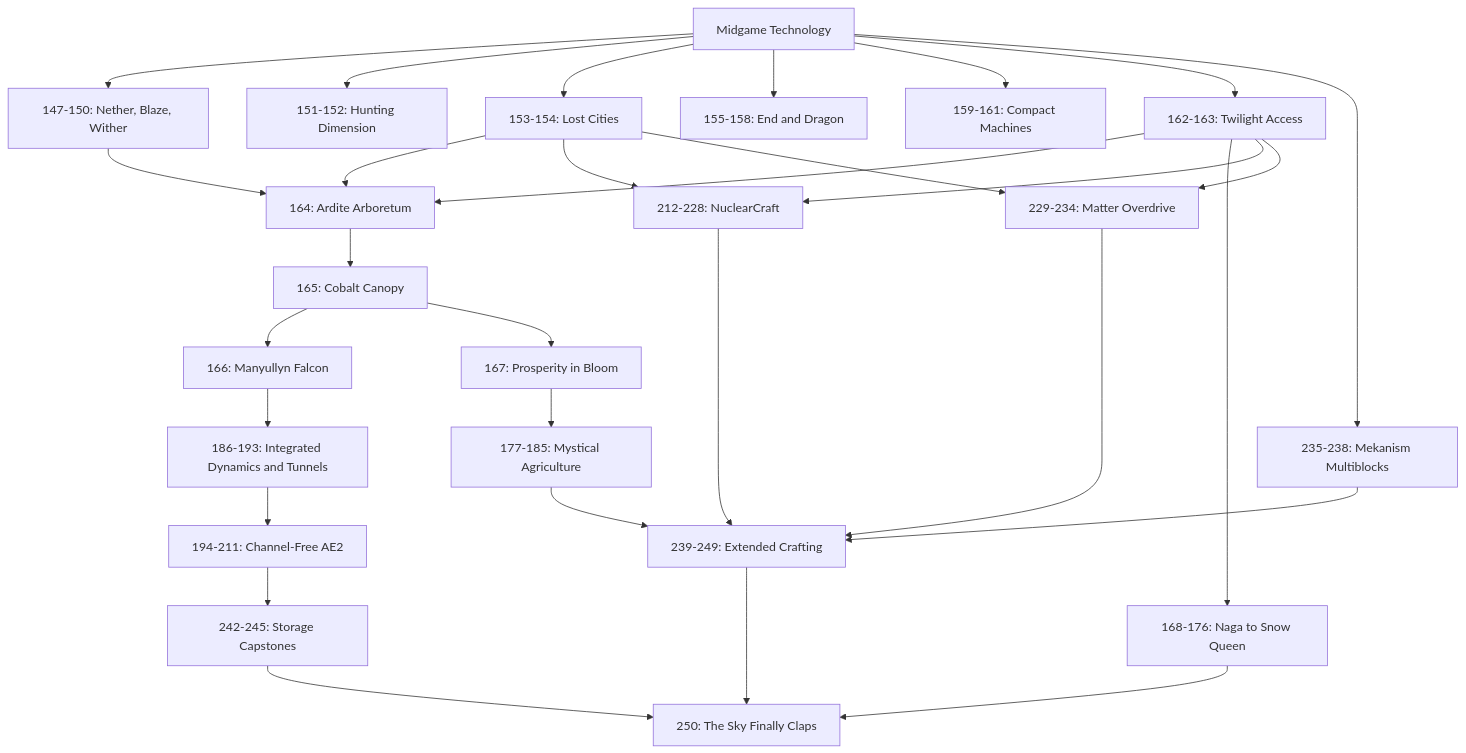
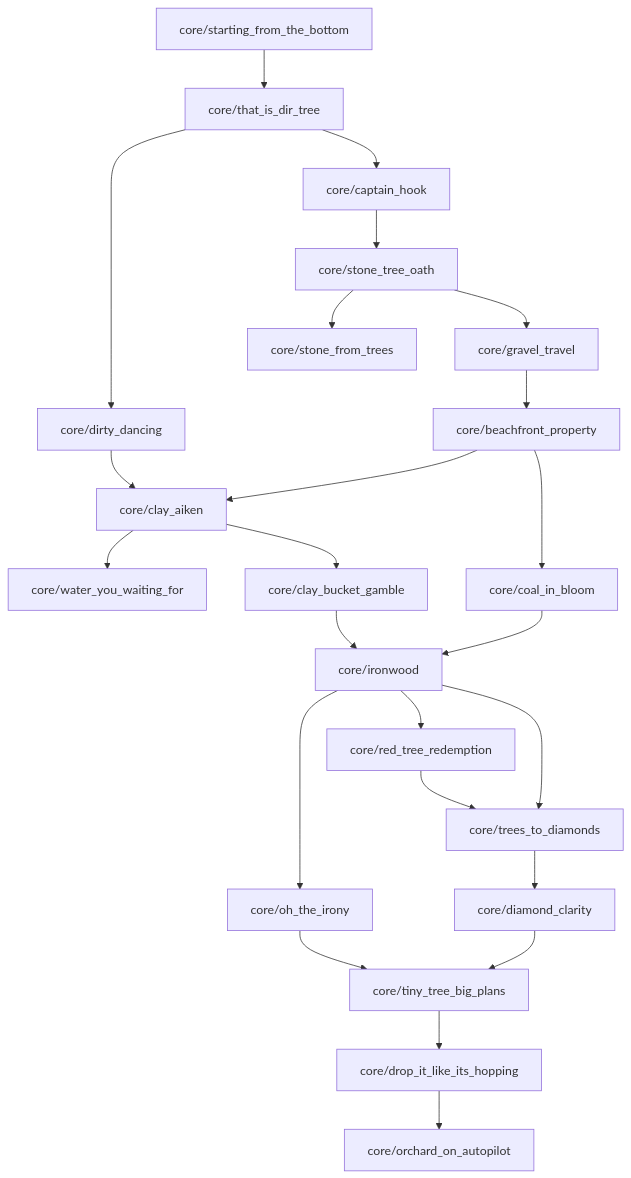
The second of 9 diagrams in ACHIEVEMENT_TREE.md (godh00d/sf4), drawn with Mermaid before and after one commit. The commit also changed other lines of this file and 152 other files, not shown here.

````diff
--- a/ACHIEVEMENT_TREE.md
+++ b/ACHIEVEMENT_TREE.md
@@ -244,36 +37,26 @@
 ```mermaid
 flowchart TD
-    MID["Midgame Technology"] --> NETHER["147-150: Nether, Blaze, Wither"]
-    MID --> HUNT["151-152: Hunting Dimension"]
-    MID --> LOST["153-154: Lost Cities"]
-    MID --> ENDDIM["155-158: End and Dragon"]
-    MID --> COMPACT["159-161: Compact Machines"]
-    MID --> TWACCESS["162-163: Twilight Access"]
-
-    LOST --> ARDITE["164: Ardite Arboretum"]
-    TWACCESS --> ARDITE
-    NETHER --> ARDITE
-    ARDITE --> COBALT["165: Cobalt Canopy"]
-    COBALT --> MANY["166: Manyullyn Falcon"]
-    COBALT --> PROSP["167: Prosperity in Bloom"]
-
-    TWACCESS --> TWBOSS["168-176: Naga to Snow Queen"]
-    PROSP --> MYST["177-185: Mystical Agriculture"]
-    MANY --> LOGIC["186-193: Integrated Dynamics and Tunnels"]
-    LOGIC --> AE2["194-211: Channel-Free AE2"]
-
-    LOST --> NC["212-228: NuclearCraft"]
-    TWACCESS --> NC
-    LOST --> MO["229-234: Matter Overdrive"]
-    TWACCESS --> MO
-    MID --> MEKEND["235-238: Mekanism Multiblocks"]
-
-    AE2 --> CAP["242-245: Storage Capstones"]
-    NC --> EXT["239-249: Extended Crafting"]
-    MO --> EXT
-    MEKEND --> EXT
-    MYST --> EXT
-    CAP --> FINAL["250: The Sky Finally Claps"]
-    EXT --> FINAL
-    TWBOSS --> FINAL
+    C01["core/starting_from_the_bottom"] --> C02["core/that_is_dir_tree"]
+    C02 --> C03["core/dirty_dancing"]
+    C02 --> C04["core/captain_hook"]
+    C04 --> C05["core/stone_tree_oath"]
+    C05 --> C06["core/stone_from_trees"]
+    C05 --> C07["core/gravel_travel"]
+    C07 --> C08["core/beachfront_property"]
+    C03 --> C09["core/clay_aiken"]
+    C08 --> C09
+    C09 --> C10["core/water_you_waiting_for"]
+    C09 --> C11["core/clay_bucket_gamble"]
+    C08 --> C12["core/coal_in_bloom"]
+    C12 --> C13["core/ironwood"]
+    C11 --> C13
+    C13 --> C14["core/oh_the_irony"]
+    C13 --> C15["core/red_tree_redemption"]
+    C15 --> C16["core/trees_to_diamonds"]
+    C13 --> C16
+    C16 --> C17["core/diamond_clarity"]
+    C14 --> C18["core/tiny_tree_big_plans"]
+    C17 --> C18
+    C18 --> C19["core/drop_it_like_its_hopping"]
+    C19 --> C20["core/orchard_on_autopilot"]
 ```
````
